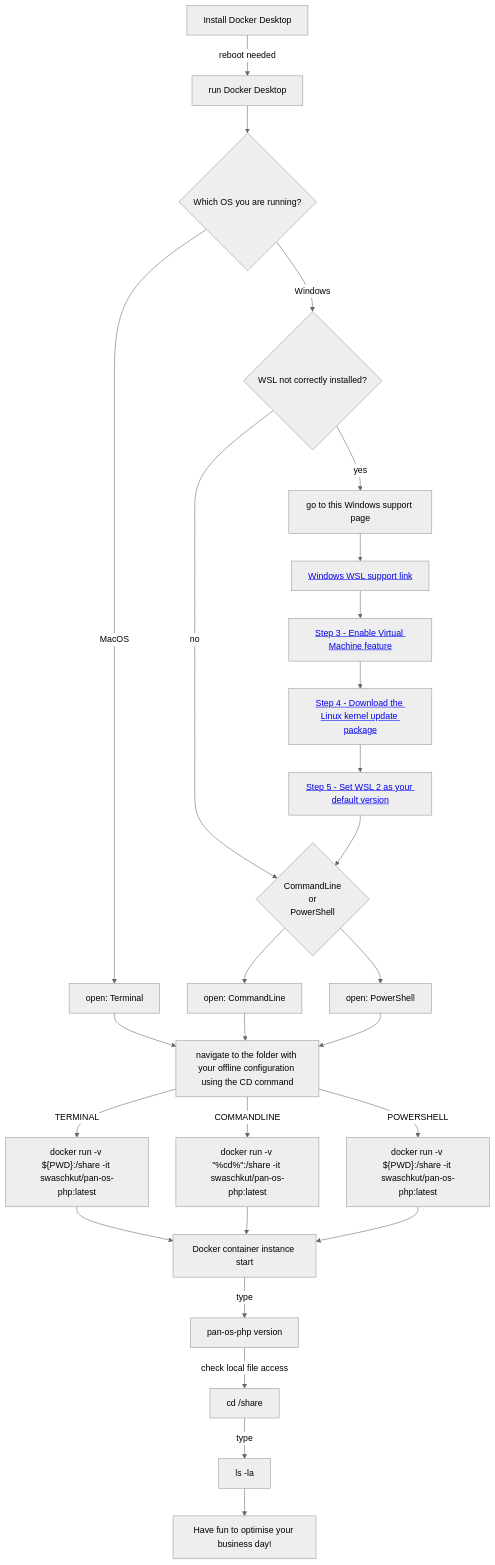
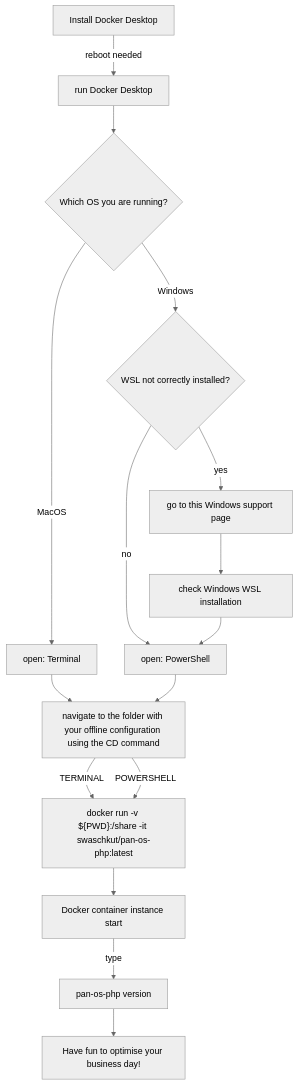
Before and after one commit to PaloAltoNetworks/pan-os-php: the diagram in READMEdocker.md, drawn with Mermaid (neutral theme). The commit also changed other lines of this file, not shown here.

````diff
--- a/READMEdocker.md
+++ b/READMEdocker.md
@@ -4,55 +4,38 @@
 ```mermaid
 graph TD
     
     
     BB[Install Docker Desktop] -->|reboot needed| CC[run Docker Desktop]
     CC --> CC1[which OS]
     
     CC1{Which OS you are running?} -->|MacOS| B1[open: Terminal]
     CC1{Which OS you are running?} -->|Windows| C1[check Docker]
     
     
     B1 --> Z1[navigate to the folder with your offline configuration using the CD command]
        
  
     
-    C1{WSL not correctly installed?} -->|no| C8[continue]
+    C1{WSL not correctly installed?} -->|no| F2[open: PowerShell]
     C1{WSL not correctly installed?} -->|yes| C3[go to this Windows support page]
     
    
     
-    C3 --> C4[<a href='https://docs.microsoft.com/en-gb/windows/wsl/install-manual'>Windows WSL support link</a>]
-    
-    
-    
-    C4 --> C5["<a href='https://docs.microsoft.com/en-gb/windows/wsl/install-manual#step-3---enable-virtual-machine-feature' target='_blank' rel='noopener noreferrer'>Step 3 - Enable Virtual Machine feature</a>"]
-    C5 --> C6["<a href='https://docs.microsoft.com/en-gb/windows/wsl/install-manual#step-4---download-the-linux-kernel-update-package' target='_blank' rel='noopener noreferrer'>Step 4 - Download the Linux kernel update package</a>"]
-    C6 --> C7["<a href='https://docs.microsoft.com/en-gb/windows/wsl/install-manual#step-5---set-wsl-2-as-your-default-version' target='_blank' rel='noopener noreferrer'>Step 5 - Set WSL 2 as your default version</a>"]
-    
-    
-    C7 --> C8[continue]
-    
-    C8{CommandLine<br />or<br />PowerShell} --> E2[open: CommandLine]
-    C8{CommandLine<br />or<br />PowerShell} --> F2[open: PowerShell]
-    
-    
-    E2 --> Z1[navigate to the folder with your offline configuration using the CD command]  
+    C3 --> C7[check Windows WSL installation]    
+    C7 --> F2[open: PowerShell]
+
+   
+   
     F2 --> Z1[navigate to the folder with your offline configuration using the CD command]
     
     
-    Z1 -->|TERMINAL| K1A["docker run -v ${PWD}:/share -it swaschkut/pan-os-php:latest"]
-    Z1 -->|COMMANDLINE| K1B["docker run -v #quot;%cd%#quot;:/share -it swaschkut/pan-os-php:latest"]
-    Z1 -->|POWERSHELL| K1C["docker run -v ${PWD}:/share -it swaschkut/pan-os-php:latest"]
+    Z1 -->|TERMINAL| K1["docker run -v ${PWD}:/share -it swaschkut/pan-os-php:latest"]
+    Z1 -->|POWERSHELL| K1["docker run -v ${PWD}:/share -it swaschkut/pan-os-php:latest"]
     
   
     
-    K1A --> K3[Docker container instance start]
-    K1B --> K3[Docker container instance start]
-    K1C --> K3[Docker container instance start]
-    K3 -->|type| L[pan-os-php version]
-
-    L -->|check local file access| M[cd /share]
-    M -->|type| R[ls -la]
+    K1 --> K3[Docker container instance start]
+    K3 -->|type| R[pan-os-php version]
     
     R --> S[Have fun to optimise your business day!]
 ```
````
